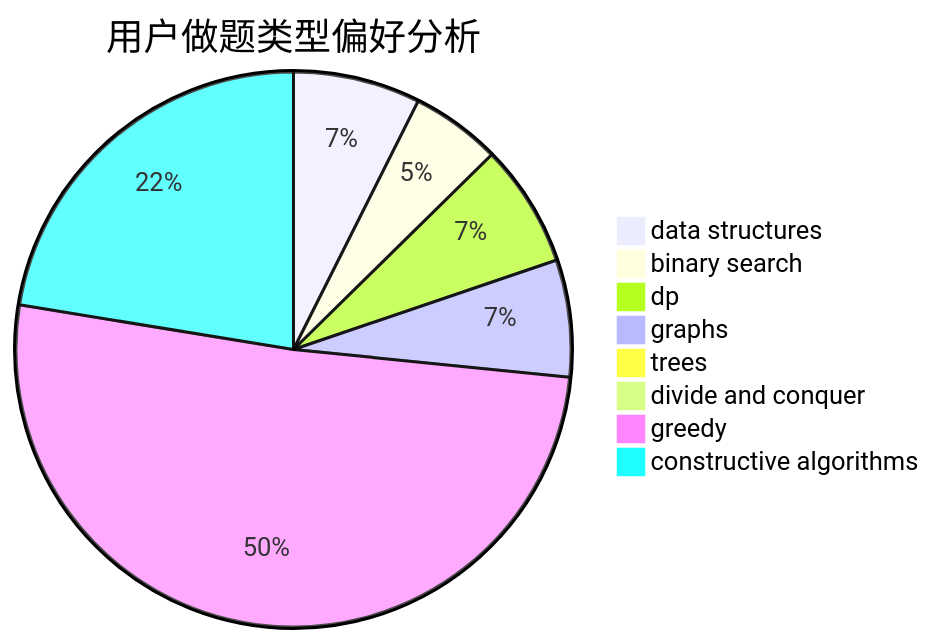
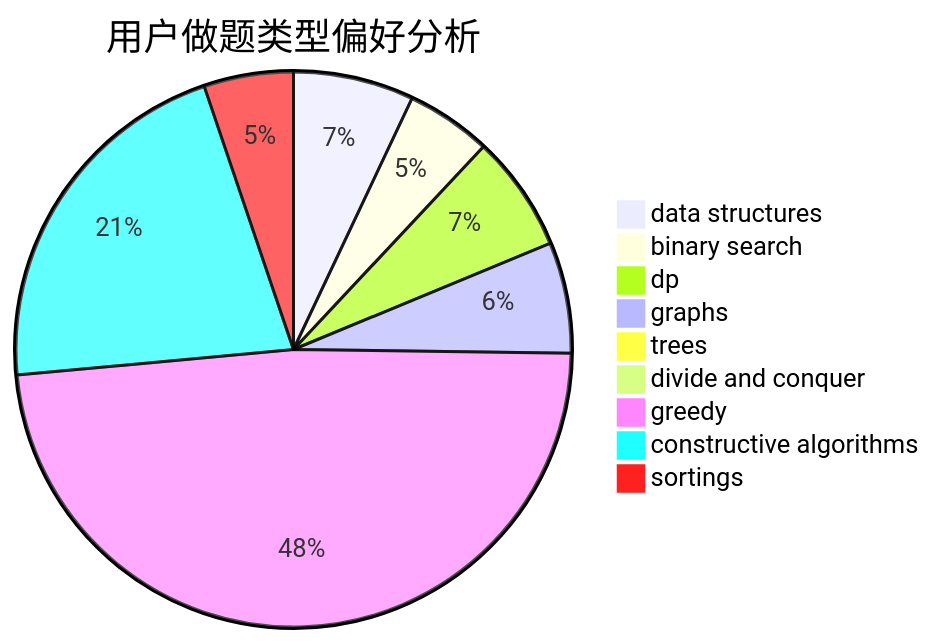
The second of 3 diagrams in docs/user/u2063.md (sherpahu/cfrs.github.io), drawn with Mermaid before and after one commit. The commit also changed other lines of this file and 2769 other files, not shown here.

````diff
--- a/docs/user/u2063.md
+++ b/docs/user/u2063.md
@@ -23,11 +18,12 @@
 ```mermaid
 pie title 用户做题类型偏好分析
     "data structures" :  174
     "binary search" :  123
     "dp" :  168
     "graphs" :  160
     "trees" :  23
     "divide and conquer" :  16
     "greedy" :  1198
     "constructive algorithms" :  527
+    "sortings" :  129
 ```
````
